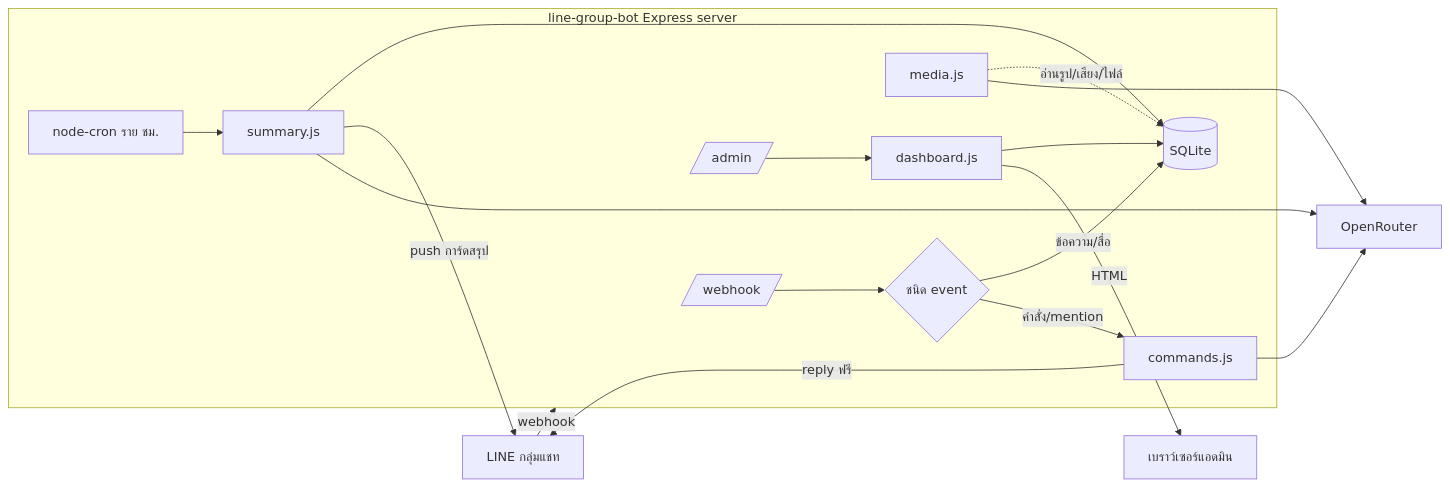
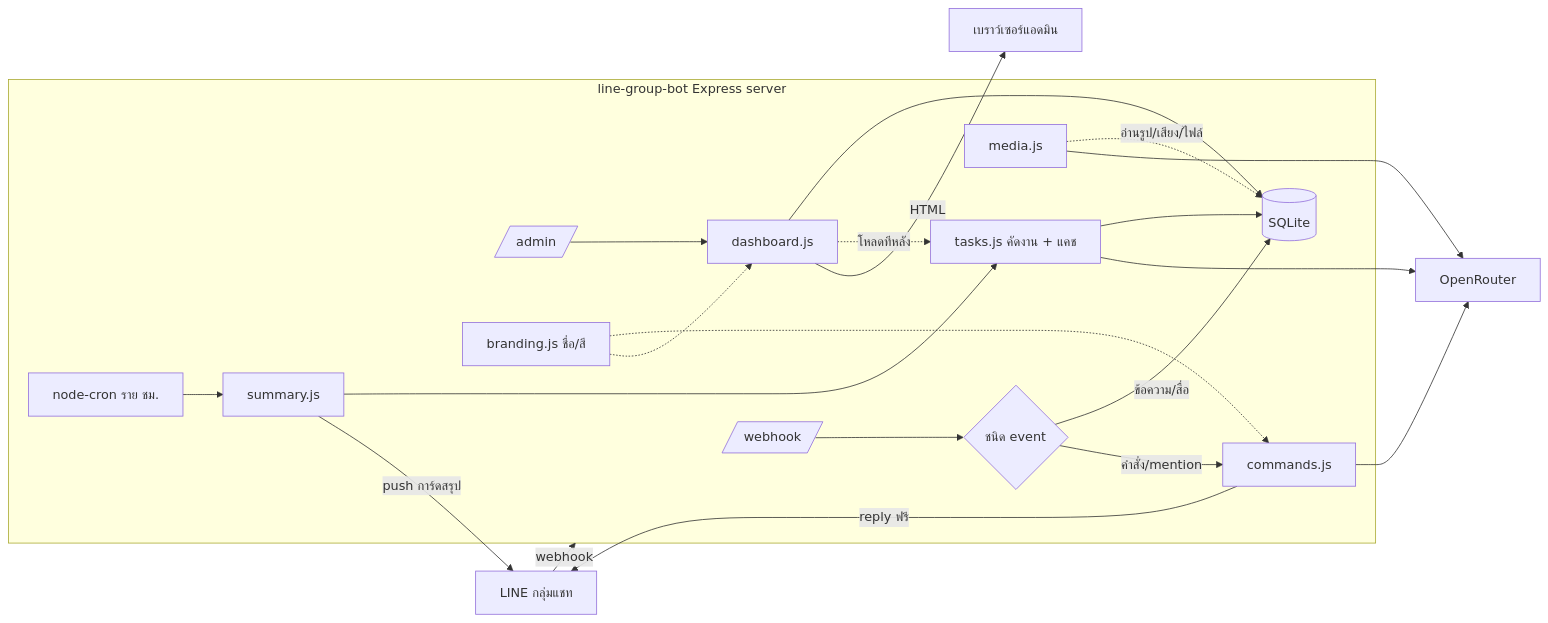
One commit to Panya-037/line-group-bot-share changed the first of 4 diagrams in WORKFLOW.md. Above: the diagram before and after it, drawn with Mermaid. The commit also changed other lines of this file and 19 other files, not shown here.

````diff
--- a/WORKFLOW.md
+++ b/WORKFLOW.md
@@ -7,20 +7,24 @@
 ```mermaid
 flowchart LR
     LINE[LINE กลุ่มแชท] -- webhook --> APP
     subgraph APP[line-group-bot Express server]
       WH[/webhook/] --> H{ชนิด event}
       H -- ข้อความ/สื่อ --> LOG[(SQLite)]
       H -- คำสั่ง/mention --> CMD[commands.js]
       MEDIA[media.js] -.อ่านรูป/เสียง/ไฟล์.-> LOG
       CRON[node-cron ราย ชม.] --> SUM[summary.js]
-      SUM --> LOG
+      SUM --> TASK[tasks.js คัดงาน + แคช]
+      TASK --> LOG
       ADMIN[/admin/] --> DASH[dashboard.js]
       DASH --> LOG
+      DASH -. โหลดทีหลัง .-> TASK
+      BRAND[branding.js ชื่อ/สี] -.-> CMD
+      BRAND -.-> DASH
     end
     CMD -- reply ฟรี --> LINE
     SUM -- push การ์ดสรุป --> LINE
     CMD --> AI[OpenRouter]
-    SUM --> AI
+    TASK --> AI
     MEDIA --> AI
     DASH -- HTML --> BROWSER[เบราว์เซอร์แอดมิน]
 ```
````
